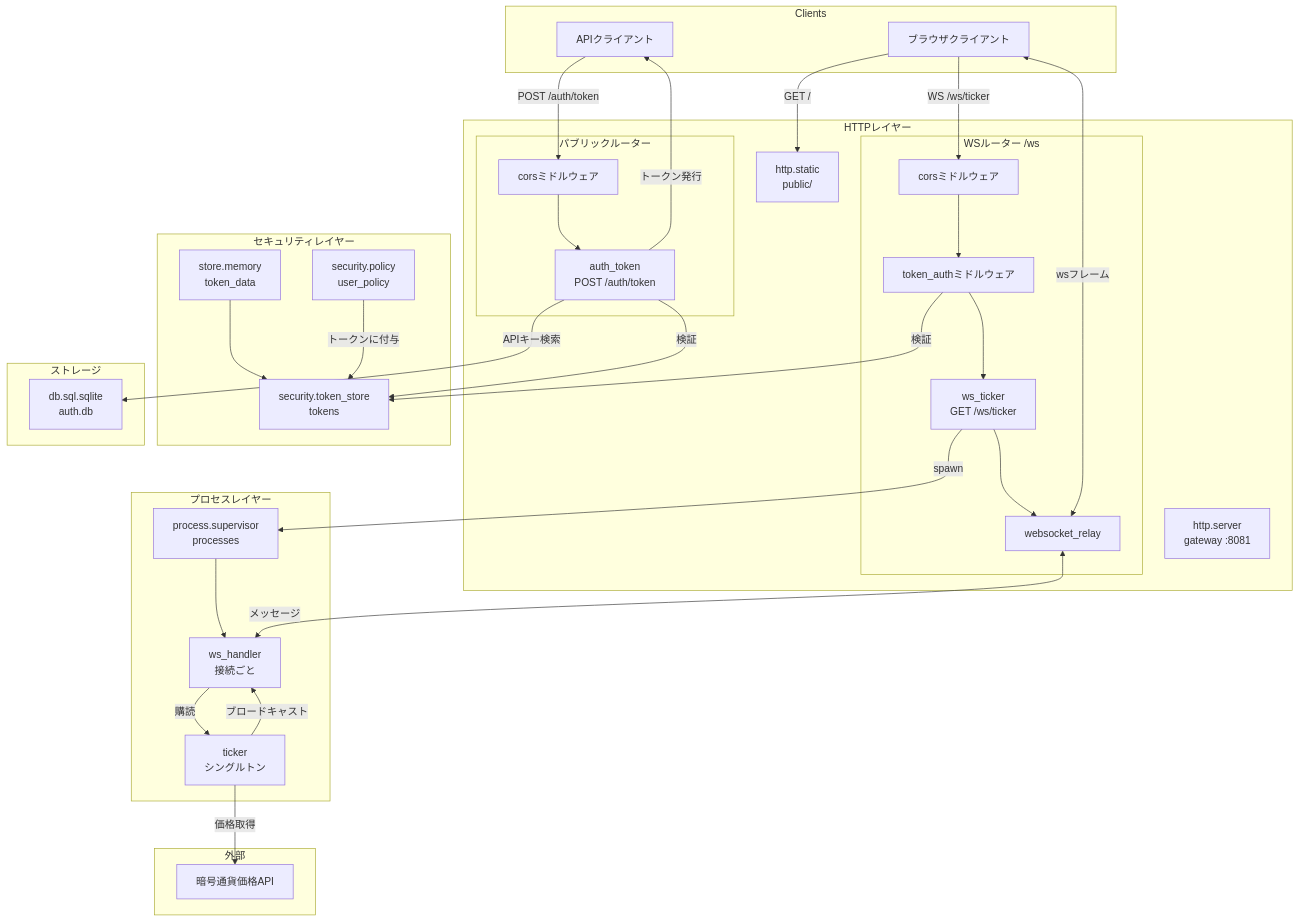
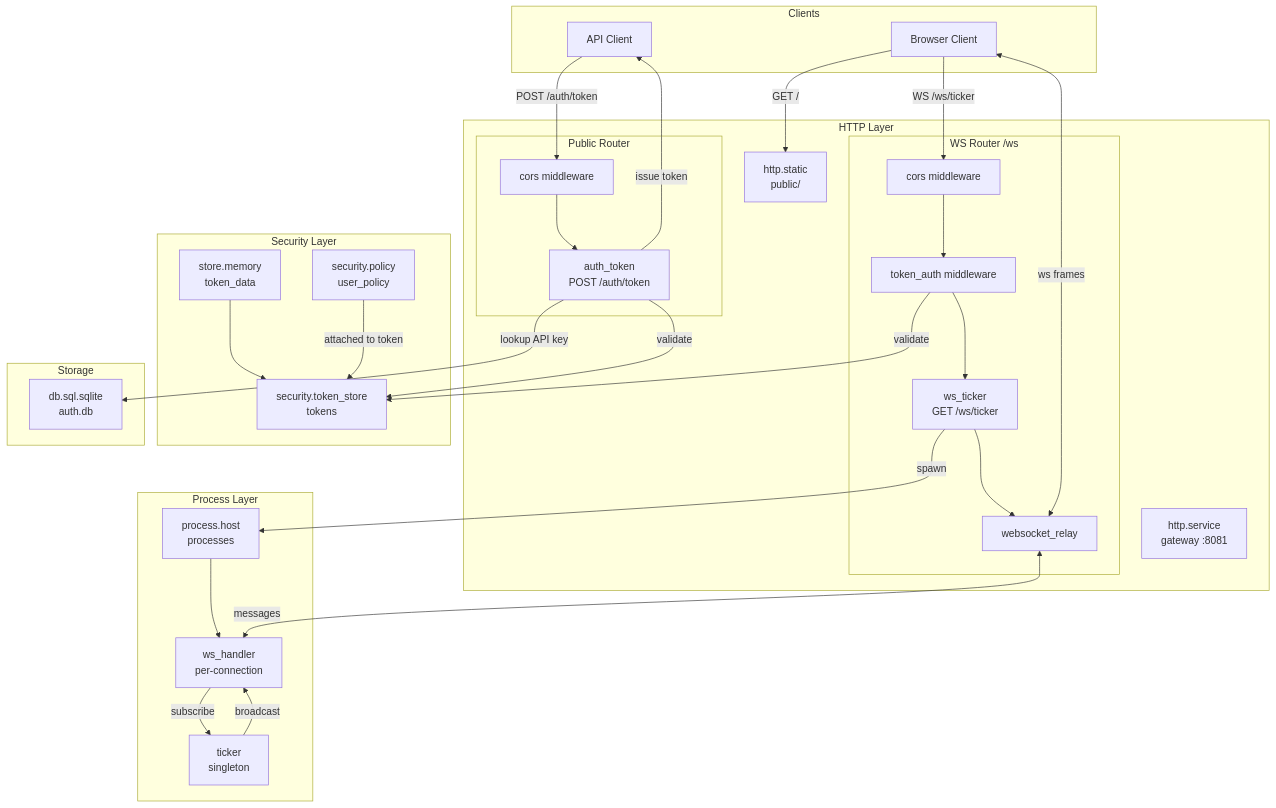
Before and after one commit to wippyai/docs: the diagram in ja/tutorials/auth.md, drawn with Mermaid. The commit also changed other lines of this file and 13 other files, not shown here.

````diff
--- a/ja/tutorials/auth.md
+++ b/ja/tutorials/auth.md
@@ -36,71 +61,72 @@
 ```mermaid
 flowchart TB
     subgraph Clients
-        Browser[ブラウザクライアント]
-        API[APIクライアント]
+        Browser[Browser Client]
+        API[API Client]
     end
 
-    subgraph "HTTPレイヤー"
-        Server[http.server<br/>gateway :8081]
+    subgraph "HTTP Layer"
+        Server[http.service<br/>gateway :8081]
         Static[http.static<br/>public/]
 
-        subgraph "パブリックルーター"
-            CORS1[corsミドルウェア]
+        subgraph "Public Router"
+            CORS1[cors middleware]
             AuthEndpoint[auth_token<br/>POST /auth/token]
         end
 
-        subgraph "WSルーター /ws"
-            CORS2[corsミドルウェア]
-            TokenAuth[token_authミドルウェア]
+        subgraph "WS Router /ws"
+            CORS2[cors middleware]
+            TokenAuth[token_auth middleware]
             WSEndpoint[ws_ticker<br/>GET /ws/ticker]
             WSRelay[websocket_relay]
         end
     end
 
-    subgraph "セキュリティレイヤー"
+    subgraph "Security Layer"
         TokenStore[security.token_store<br/>tokens]
         Policy[security.policy<br/>user_policy]
         MemStore[store.memory<br/>token_data]
     end
 
-    subgraph "ストレージ"
+    subgraph "Storage"
         DB[db.sql.sqlite<br/>auth.db]
     end
 
-    subgraph "プロセスレイヤー"
-        Supervisor[process.supervisor<br/>processes]
-        WSHandler[ws_handler<br/>接続ごと]
-        Ticker[ticker<br/>シングルトン]
+    subgraph "Process Layer"
+        Supervisor[process.host<br/>processes]
+        WSHandler[ws_handler<br/>per-connection]
+        Ticker[ticker<br/>singleton]
     end
 
-    subgraph "外部"
-        CryptoAPI[暗号通貨価格API]
-    end
-
+    %% Client connections
     Browser -->|"GET /"| Static
     API -->|"POST /auth/token"| CORS1
     Browser -->|"WS /ws/ticker"| CORS2
 
+    %% API flow
     CORS1 --> AuthEndpoint
-    AuthEndpoint -->|検証| TokenStore
-    AuthEndpoint -->|"トークン発行"| API
+    AuthEndpoint -->|validate| TokenStore
+    AuthEndpoint -->|"issue token"| API
 
+    %% WS flow
     CORS2 --> TokenAuth
-    TokenAuth -->|検証| TokenStore
+    TokenAuth -->|validate| TokenStore
     TokenAuth --> WSEndpoint
     WSEndpoint -->|spawn| Supervisor
     Supervisor --> WSHandler
     WSEndpoint --> WSRelay
-    WSRelay <-->|"メッセージ"| WSHandler
+    WSRelay <-->|"messages"| WSHandler
 
+    %% Token store deps
     MemStore --> TokenStore
-    Policy -->|トークンに付与| TokenStore
+    Policy -->|attached to token| TokenStore
 
-    AuthEndpoint -->|APIキー検索| DB
+    %% Auth uses DB for API keys
+    AuthEndpoint -->|lookup API key| DB
 
-    WSHandler -->|購読| Ticker
-    Ticker -->|ブロードキャスト| WSHandler
-    WSRelay <-->|"wsフレーム"| Browser
+    %% Process communication
+    WSHandler -->|subscribe| Ticker
+    Ticker -->|broadcast| WSHandler
+    WSRelay <-->|"ws frames"| Browser
 
-    Ticker -->|価格取得| CryptoAPI
 ```
````
